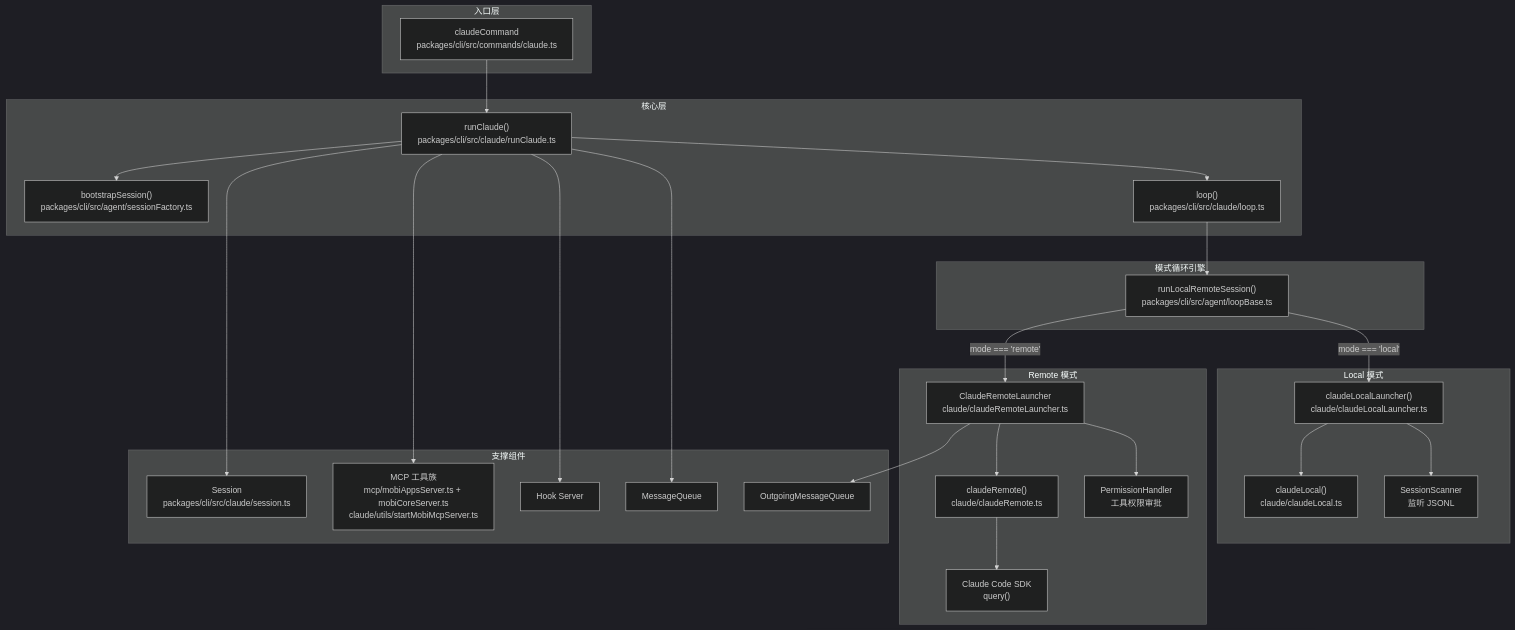
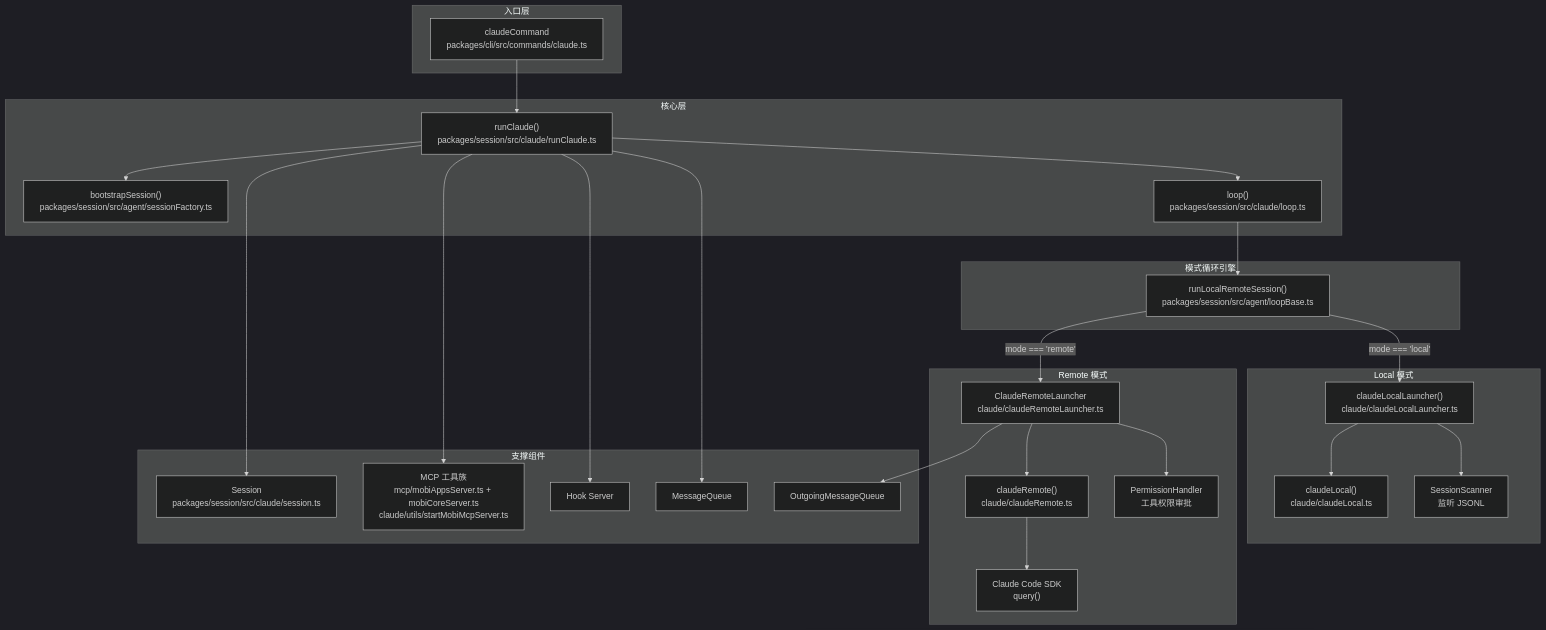
One commit to ModuBit/mobi changed the first of 7 diagrams in docs/architecture/cli/commands/claude/README.md. Above: the diagram before and after it, drawn with Mermaid (dark theme). The commit also changed other lines of this file and 87 other files, not shown here.

````diff
--- a/docs/architecture/cli/commands/claude/README.md
+++ b/docs/architecture/cli/commands/claude/README.md
@@ -61,54 +61,54 @@
 ```mermaid
 graph TB
     subgraph Entry["入口层"]
         Cmd["claudeCommand<br/>packages/cli/src/commands/claude.ts"]
     end
 
     subgraph Core["核心层"]
-        RunClaude["runClaude()<br/>packages/cli/src/claude/runClaude.ts"]
-        Bootstrap["bootstrapSession()<br/>packages/cli/src/agent/sessionFactory.ts"]
-        Loop["loop()<br/>packages/cli/src/claude/loop.ts"]
+        RunClaude["runClaude()<br/>packages/session/src/claude/runClaude.ts"]
+        Bootstrap["bootstrapSession()<br/>packages/session/src/agent/sessionFactory.ts"]
+        Loop["loop()<br/>packages/session/src/claude/loop.ts"]
     end
 
     subgraph LoopEngine["模式循环引擎"]
-        LoopBase["runLocalRemoteSession()<br/>packages/cli/src/agent/loopBase.ts"]
+        LoopBase["runLocalRemoteSession()<br/>packages/session/src/agent/loopBase.ts"]
     end
 
     subgraph LocalMode["Local 模式"]
         LocalLauncher["claudeLocalLauncher()<br/>claude/claudeLocalLauncher.ts"]
         ClaudeLocal["claudeLocal()<br/>claude/claudeLocal.ts"]
         Scanner["SessionScanner<br/>监听 JSONL"]
     end
 
     subgraph RemoteMode["Remote 模式"]
         RemoteLauncher["ClaudeRemoteLauncher<br/>claude/claudeRemoteLauncher.ts"]
         ClaudeRemote["claudeRemote()<br/>claude/claudeRemote.ts"]
         Permission["PermissionHandler<br/>工具权限审批"]
         SDK["Claude Code SDK<br/>query()"]
     end
 
     subgraph Support["支撑组件"]
-        Session["Session<br/>packages/cli/src/claude/session.ts"]
+        Session["Session<br/>packages/session/src/claude/session.ts"]
         MCP["MCP 工具族<br/>mcp/mobiAppsServer.ts + mobiCoreServer.ts<br/>claude/utils/startMobiMcpServer.ts"]
         HookServer["Hook Server"]
         MessageQ["MessageQueue"]
         OutgoingQ["OutgoingMessageQueue"]
     end
 
     Cmd --> RunClaude
     RunClaude --> Bootstrap
     RunClaude --> Loop
     Loop --> LoopBase
 
     LoopBase -->|"mode === 'local'"| LocalLauncher
     LoopBase -->|"mode === 'remote'"| RemoteLauncher
 
     LocalLauncher --> ClaudeLocal
     LocalLauncher --> Scanner
     RemoteLauncher --> ClaudeRemote
     RemoteLauncher --> Permission
     ClaudeRemote --> SDK
 
     RunClaude --> Session & MCP & HookServer & MessageQ
     RemoteLauncher --> OutgoingQ
 ```
````
